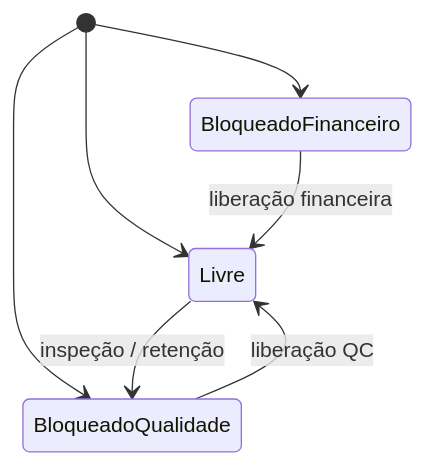
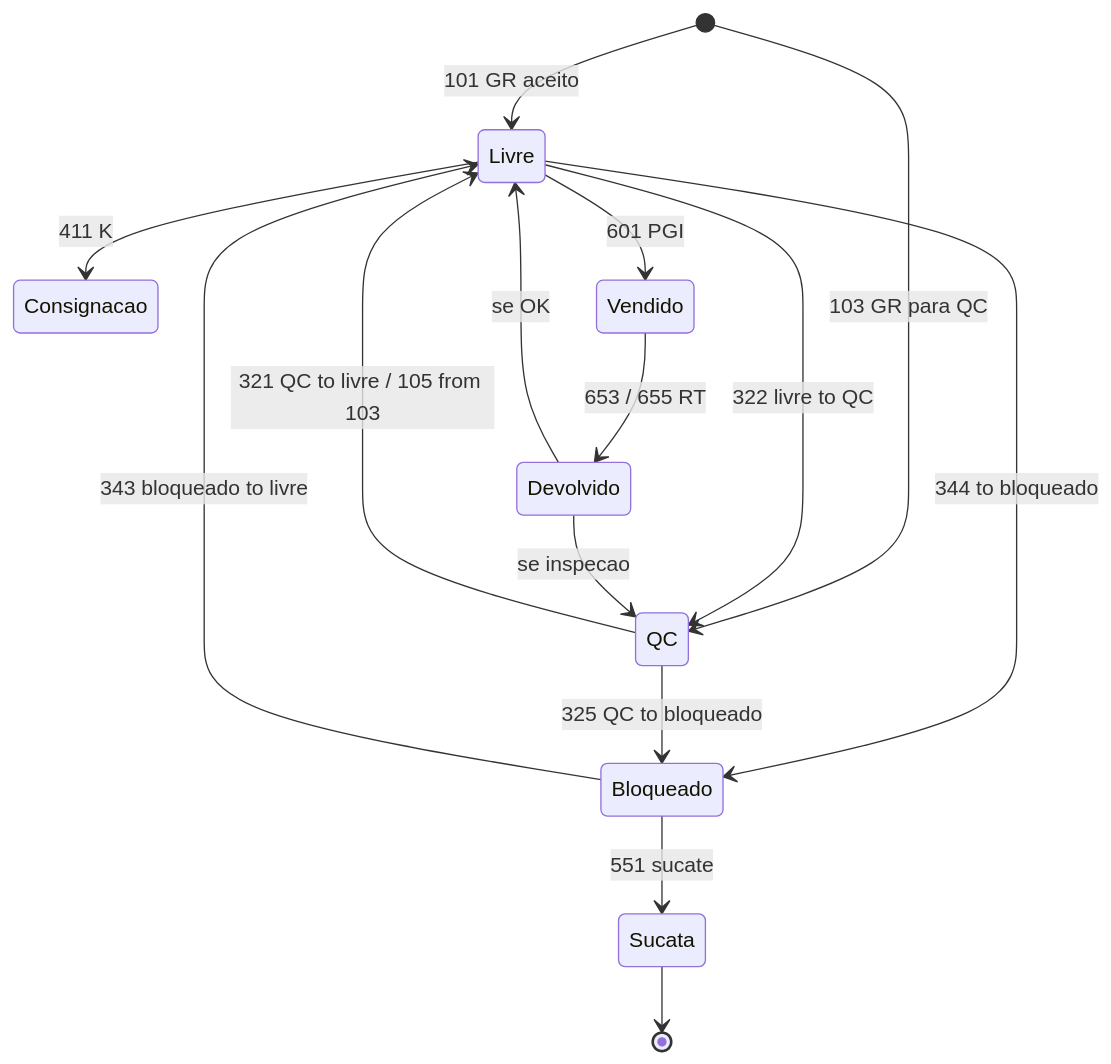
The second of 4 diagrams in aulas/trilha-tecnologia-e-sistemas/modulo-05-sap-logistica-mm-sd-wm/aula-02-mm-stock-logistica.md (cleberhensel/logisticon-academy), drawn with Mermaid before and after one commit. The commit also changed other lines of this file and 122 other files, not shown here.

````diff
--- a/aulas/trilha-tecnologia-e-sistemas/modulo-05-sap-logistica-mm-sd-wm/aula-02-mm-stock-logistica.md
+++ b/aulas/trilha-tecnologia-e-sistemas/modulo-05-sap-logistica-mm-sd-wm/aula-02-mm-stock-logistica.md
@@ -32,9 +176,17 @@
 ```mermaid
 stateDiagram-v2
-  [*] --> Livre
-  [*] --> BloqueadoQualidade
-  [*] --> BloqueadoFinanceiro
-  Livre --> BloqueadoQualidade: inspeção / retenção
-  BloqueadoQualidade --> Livre: liberação QC
-  BloqueadoFinanceiro --> Livre: liberação financeira
+  [*] --> Livre: 101 GR aceito
+  [*] --> QC: 103 GR para QC
+  Livre --> QC: 322 livre to QC
+  Livre --> Bloqueado: 344 to bloqueado
+  Livre --> Consignacao: 411 K
+  QC --> Livre: 321 QC to livre / 105 from 103
+  QC --> Bloqueado: 325 QC to bloqueado
+  Bloqueado --> Livre: 343 bloqueado to livre
+  Bloqueado --> Sucata: 551 sucate
+  Livre --> Vendido: 601 PGI
+  Vendido --> Devolvido: 653 / 655 RT
+  Devolvido --> Livre: se OK
+  Devolvido --> QC: se inspecao
+  Sucata --> [*]
 ```
````
